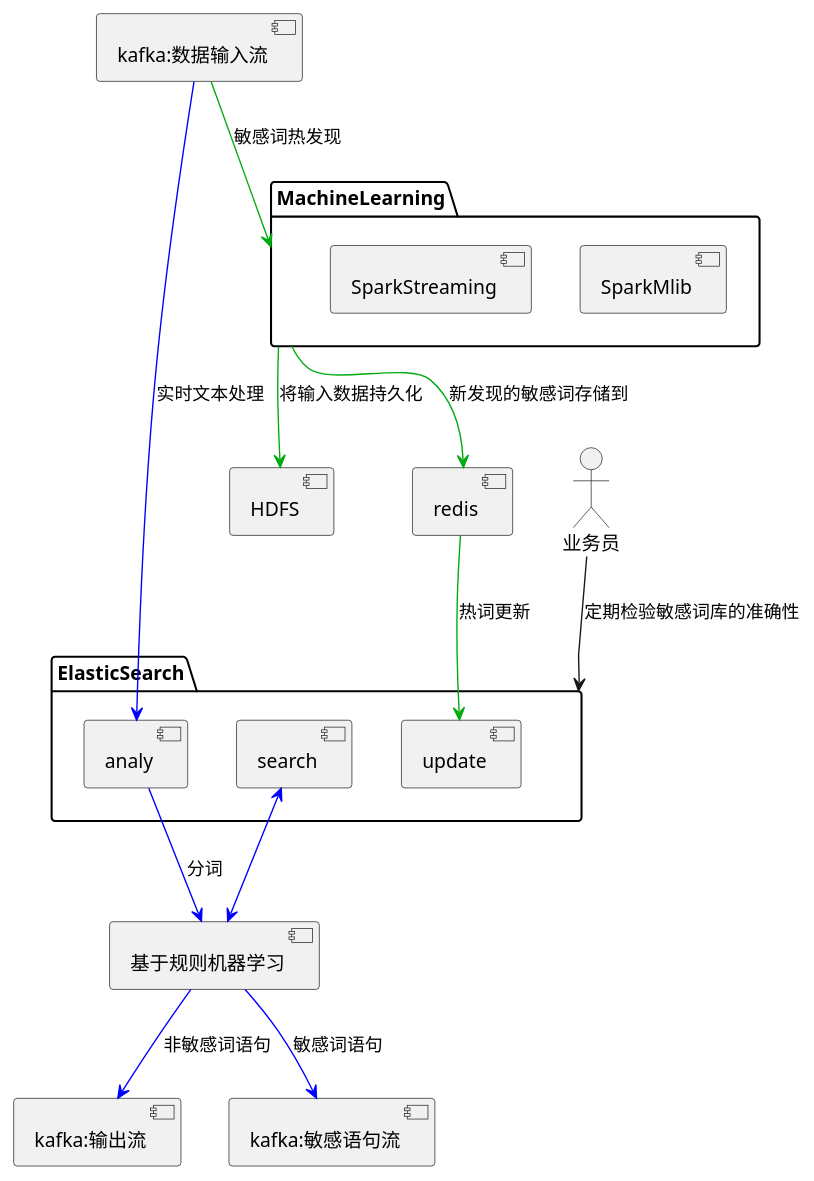
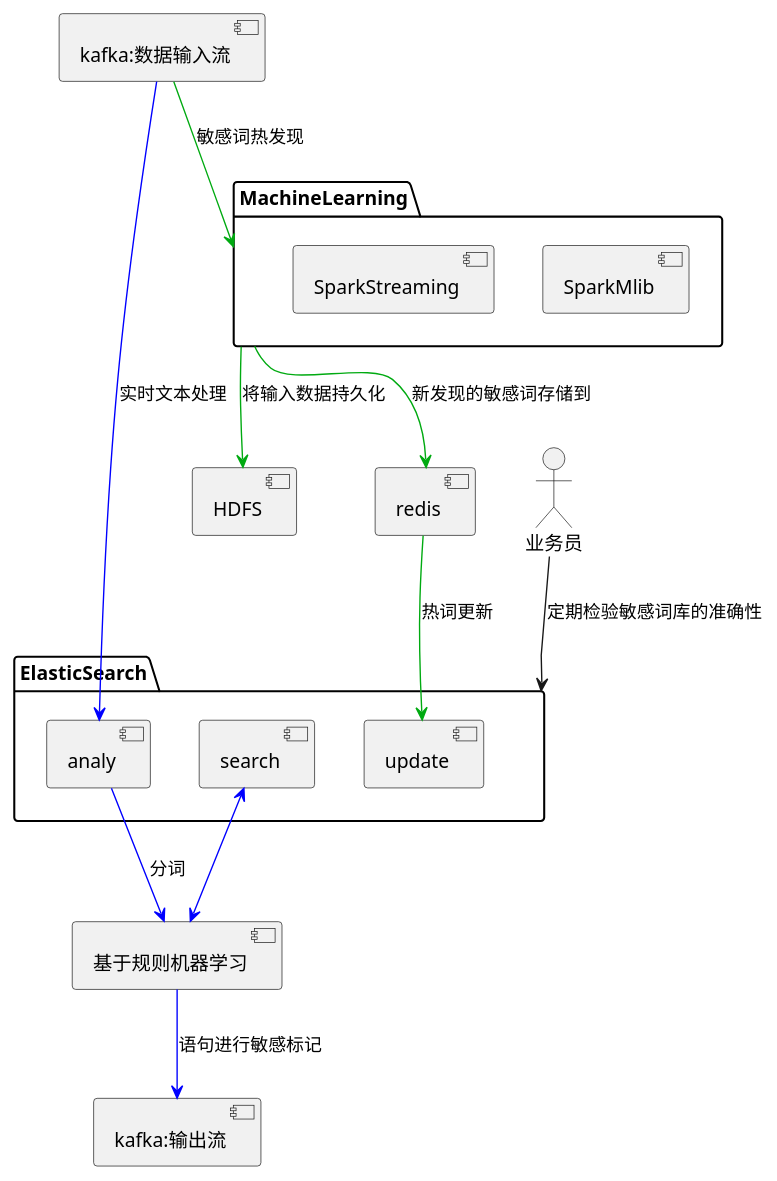
The second of 10 diagrams in doc/Framework.puml (bzvs1992/SensitiveWordFilter), drawn with PlantUML before and after one commit. The commit also changed other lines of this file and 3 other files, not shown here.

```diff
--- a/doc/Framework.puml
+++ b/doc/Framework.puml
@@ -29,31 +29,30 @@
 @startuml
 
 [基于规则机器学习]
 [HDFS]
 :业务员:
 
 package "ElasticSearch" {
 [update]
 [analy]
 [search]
 }
 package "MachineLearning" {
 [SparkMlib]
 [SparkStreaming]
 }
 [kafka:数据输入流] -[#00AA11]-> MachineLearning :敏感词热发现
 MachineLearning -[#00AA11]-> [redis] : 新发现的敏感词存储到
 [redis] -[#00AA11]-> [update] : 热词更新
 MachineLearning -[#00AA11]-> [HDFS] : 将输入数据持久化
 
 :业务员: --> ElasticSearch :定期检验敏感词库的准确性
 
 
 [kafka:数据输入流] -[#0000FF]> analy : 实时文本处理
  analy -[#0000FF]->  基于规则机器学习 : 分词
  基于规则机器学习 <-[#0000FF]-> [search]
- 基于规则机器学习  -[#0000FF]-> [kafka:输出流] : 非敏感词语句
- 基于规则机器学习  -[#0000FF]-> [kafka:敏感语句流]: 敏感词语句
+ 基于规则机器学习  -[#0000FF]-> [kafka:输出流] : 语句进行敏感标记
 
 
 @enduml
```
